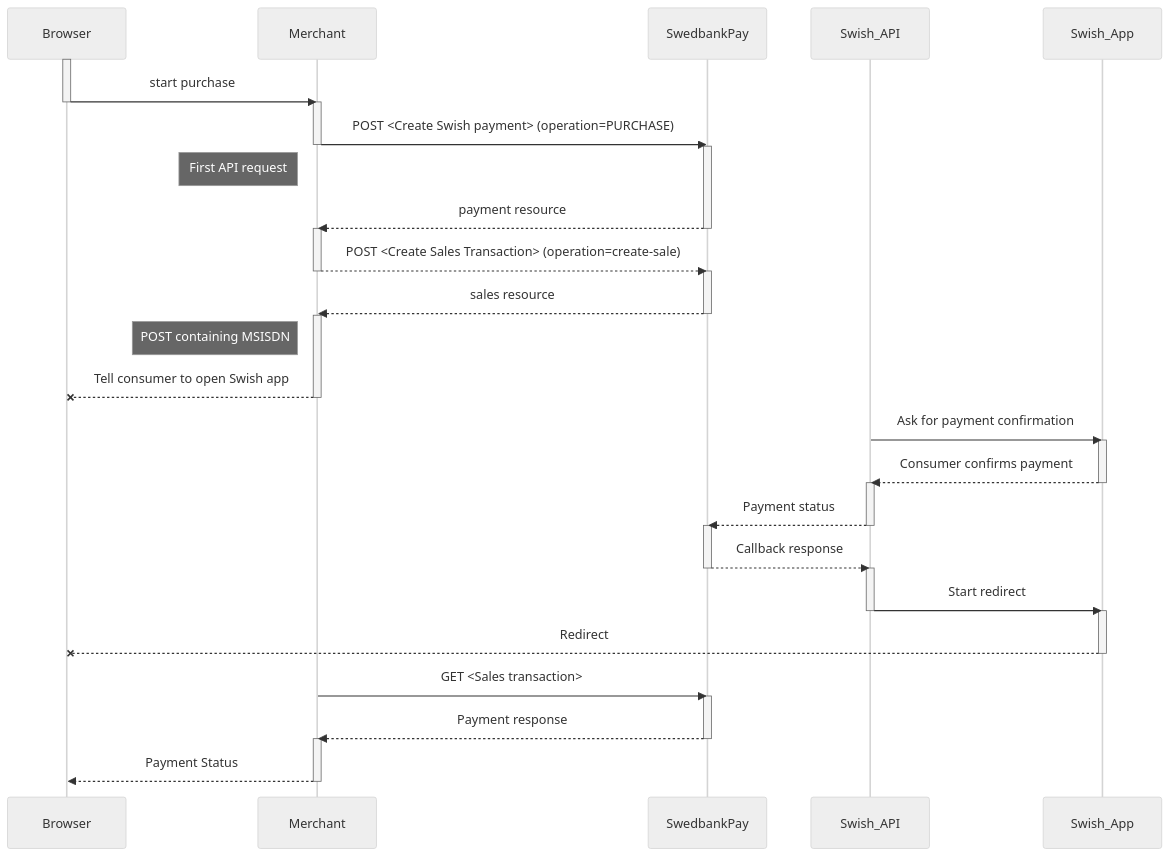
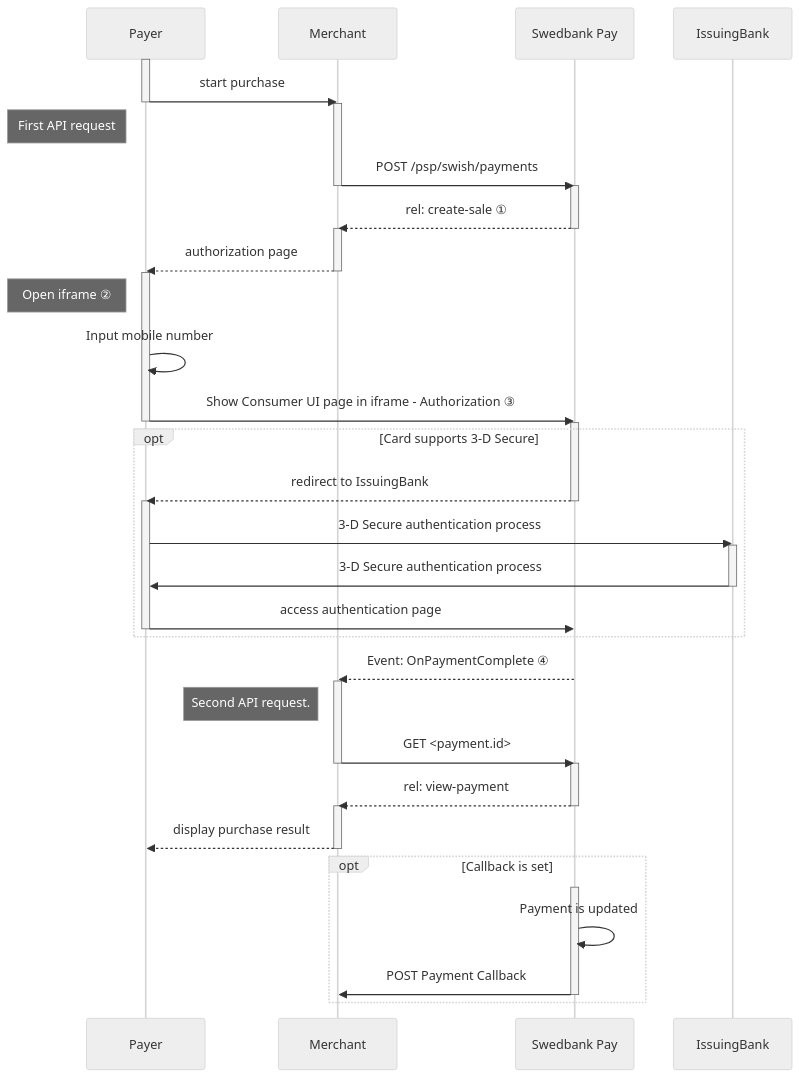
The first of 2 diagrams in payments/swish/seamless-view.md (SwedbankPay/developer.swedbankpay.com), drawn with Mermaid (neutral theme) before and after one commit. The commit also changed other lines of this file and 2 other files, not shown here.

Commit message:
DX-477 Reorganizing section to be more conform to the rest of the portal

````diff
--- a/payments/swish/seamless-view.md
+++ b/payments/swish/seamless-view.md
@@ -64,38 +45,44 @@
 ```mermaid
 sequenceDiagram
-  activate Browser
-  Browser->>-Merchant: start purchase
-  activate Merchant
-  Merchant->>-SwedbankPay: POST <Create Swish payment> (operation=PURCHASE)
-  activate SwedbankPay
-  note left of Merchant: First API request
-  SwedbankPay-->>-Merchant: payment resource
-  activate Merchant
+    participant Payer
+    participant Merchant
+    participant SwedbankPay as Swedbank Pay
 
-  Merchant-->>-SwedbankPay: POST <Create Sales Transaction> (operation=create-sale)
-  activate SwedbankPay
-  SwedbankPay-->>-Merchant: sales resource
-  activate Merchant
+    activate Payer
+    Payer->>-Merchant: start purchase
+    activate Merchant
+    note left of Payer: First API request
+    Merchant->>-SwedbankPay: POST /psp/swish/payments
+    activate SwedbankPay
+    SwedbankPay-->>-Merchant: rel: create-sale ①
+    activate Merchant
+    Merchant-->>-Payer: authorization page
+    activate Payer
+    note left of Payer: Open iframe ②
+    Payer->>Payer: Input mobile number
+    Payer->>-SwedbankPay: Show Consumer UI page in iframe - Authorization ③
+    activate SwedbankPay
+        opt Card supports 3-D Secure
+        SwedbankPay-->>-Payer: redirect to IssuingBank
+        activate Payer
+        Payer->>IssuingBank: 3-D Secure authentication process
+        activate IssuingBank
+        IssuingBank->>-Payer: 3-D Secure authentication process
+        Payer->>-SwedbankPay: access authentication page
+        end
+    SwedbankPay-->>Merchant: Event: OnPaymentComplete ④
+    activate Merchant
+    note left of Merchant: Second API request.
+    Merchant->>-SwedbankPay: GET <payment.id>
+    activate SwedbankPay
+    SwedbankPay-->>-Merchant: rel: view-payment
+    activate Merchant
+    Merchant-->>-Payer: display purchase result
+    activate Payer
 
-  note left of Merchant: POST containing MSISDN
-  Merchant--x-Browser: Tell consumer to open Swish app
-
-  Swish_API->>Swish_App: Ask for payment confirmation
-  activate Swish_App
-  Swish_App-->>-Swish_API: Consumer confirms payment
-  activate Swish_API
-
-  Swish_API-->>-SwedbankPay: Payment status
-  activate SwedbankPay
-  SwedbankPay-->>-Swish_API: Callback response
-  activate Swish_API
-  Swish_API->>-Swish_App: Start redirect
-  activate Swish_App
-
-  Swish_App--x-Browser: Redirect
-  Merchant->>SwedbankPay: GET <Sales transaction>
-  activate SwedbankPay
-  SwedbankPay-->>-Merchant: Payment response
-  activate Merchant
-  Merchant-->>-Browser: Payment Status
+        opt Callback is set
+        activate SwedbankPay
+        SwedbankPay->>SwedbankPay: Payment is updated
+        SwedbankPay->>-Merchant: POST Payment Callback
+        end
 ```
````
